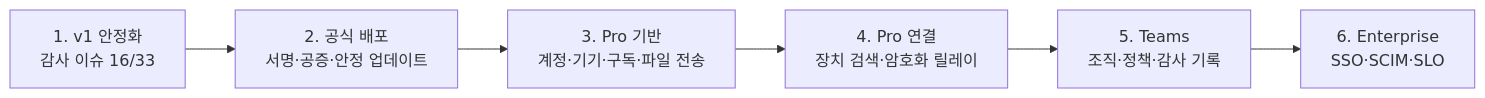
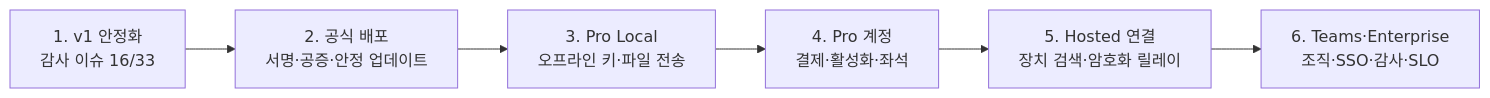
One commit to Cherry-Company/ieum changed the fifth of 5 diagrams in README.md. Above: the diagram before and after it, drawn with Mermaid. The commit also changed other lines of this file and 49 other files, not shown here.

First line of the commit message:
feat: gate Pro Local file transfer with offline licenses (#69)

````diff
--- a/README.md
+++ b/README.md
@@ -733,8 +756,8 @@
 ```mermaid
 flowchart LR
   P1["1. v1 안정화<br/>감사 이슈 16/33"] --> P2["2. 공식 배포<br/>서명·공증·안정 업데이트"]
-  P2 --> P3["3. Pro 기반<br/>계정·기기·구독·파일 전송"]
-  P3 --> P4["4. Pro 연결<br/>장치 검색·암호화 릴레이"]
-  P4 --> P5["5. Teams<br/>조직·정책·감사 기록"]
-  P5 --> P6["6. Enterprise<br/>SSO·SCIM·SLO"]
+  P2 --> P3["3. Pro Local<br/>오프라인 키·파일 전송"]
+  P3 --> P4["4. Pro 계정<br/>결제·활성화·좌석"]
+  P4 --> P5["5. Hosted 연결<br/>장치 검색·암호화 릴레이"]
+  P5 --> P6["6. Teams·Enterprise<br/>조직·SSO·감사·SLO"]
 ```
````
